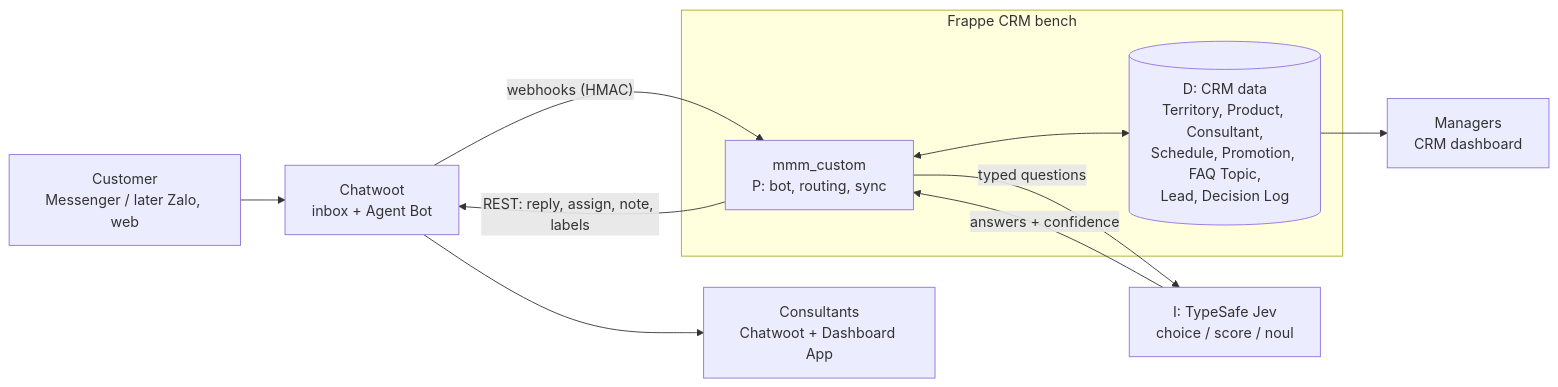
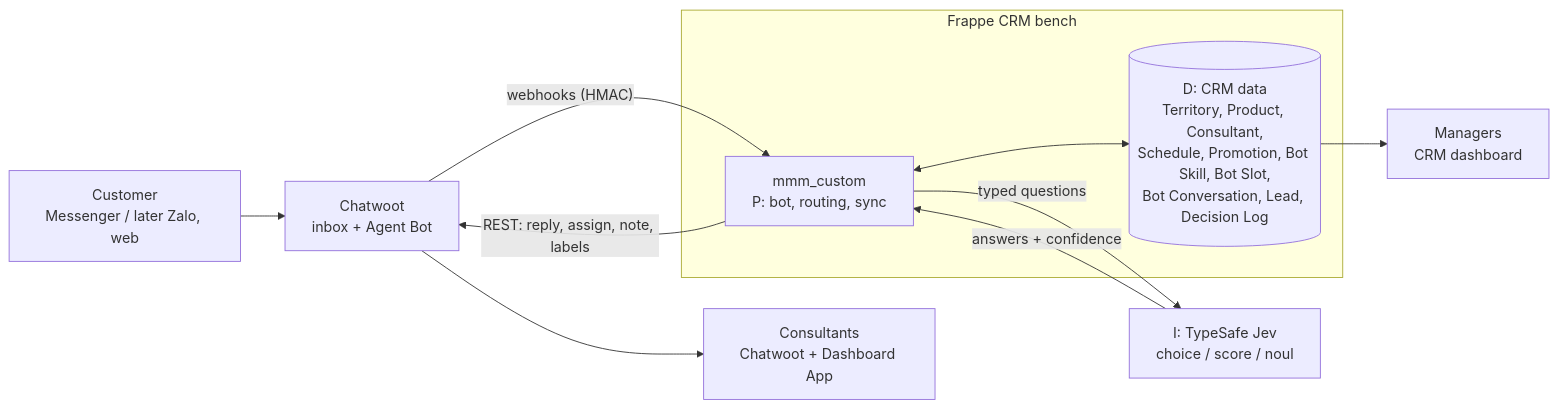
Before and after one commit to giabuh/dx-osd: the first of 4 diagrams in docs/superpowers/specs/2026-09-26-edu-lead-engine-design.md, drawn with Mermaid. The commit also changed other lines of this file and 5 other files, not shown here.

Commit message:
docs(spec): design edu lead engine conversation engine and Jev understanding, re-split roadmap to 46 layers

````diff
--- a/docs/superpowers/specs/2026-09-26-edu-lead-engine-design.md
+++ b/docs/superpowers/specs/2026-09-26-edu-lead-engine-design.md
@@ -65,15 +65,15 @@
 ```mermaid
 flowchart LR
     C[Customer<br/>Messenger / later Zalo, web] --> CW[Chatwoot<br/>inbox + Agent Bot]
     CW -- "webhooks (HMAC)" --> MC
     subgraph CRM[Frappe CRM bench]
         MC[mmm_custom<br/>P: bot, routing, sync]
-        D[(D: CRM data<br/>Territory, Product, Consultant,<br/>Schedule, Promotion, FAQ Topic,<br/>Lead, Decision Log)]
+        D[(D: CRM data<br/>Territory, Product, Consultant,<br/>Schedule, Promotion, Bot Skill, Bot Slot,<br/>Bot Conversation, Lead, Decision Log)]
         MC <--> D
     end
     MC -- "typed questions" --> JEV[I: TypeSafe Jev<br/>choice / score / noul]
     JEV -- "answers + confidence" --> MC
     MC -- "REST: reply, assign, note, labels" --> CW
     CW --> H[Consultants<br/>Chatwoot + Dashboard App]
     D --> M[Managers<br/>CRM dashboard]
 ```
````
